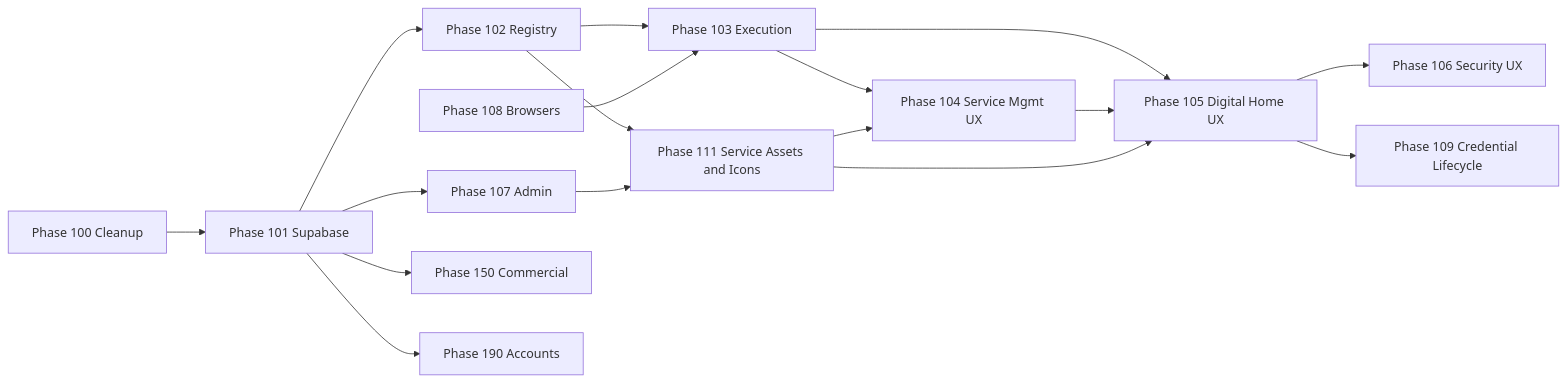
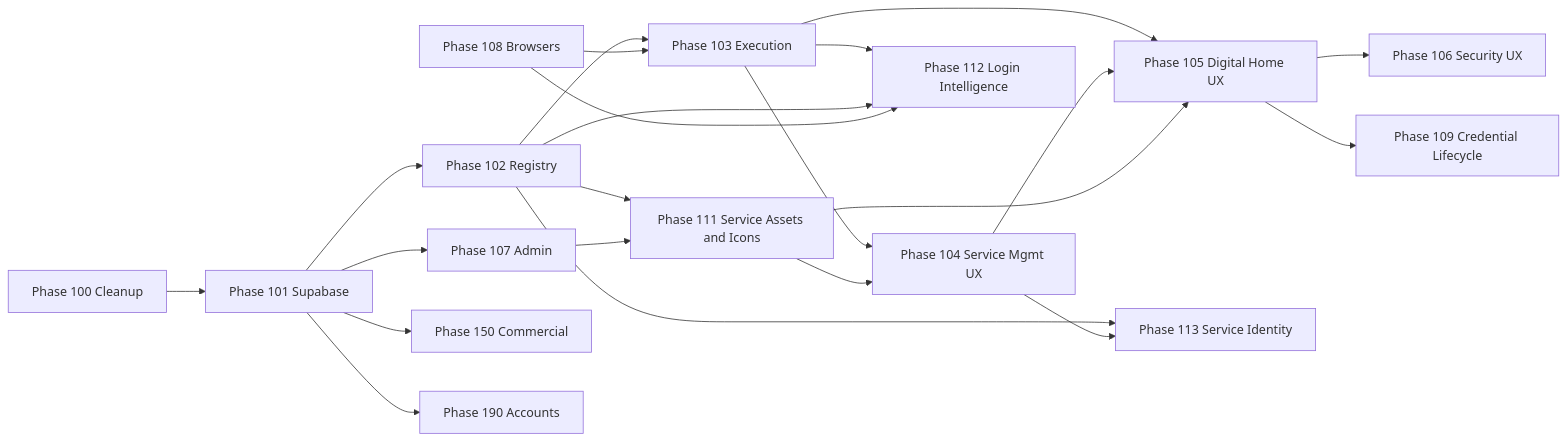
One commit to yaels3049-max/password-vault changed the sixth of 6 diagrams in team-yuri/PLAN.md. Above: the diagram before and after it, drawn with Mermaid. The commit also changed other lines of this file and 42 other files, not shown here.

````diff
--- a/team-yuri/PLAN.md
+++ b/team-yuri/PLAN.md
@@ -1115,33 +1339,40 @@
 ```mermaid
 flowchart LR
   P100[Phase 100 Cleanup]
   P101[Phase 101 Supabase]
   P102[Phase 102 Registry]
   P103[Phase 103 Execution]
   P104[Phase 104 Service Mgmt UX]
   P105[Phase 105 Digital Home UX]
   P106[Phase 106 Security UX]
   P107[Phase 107 Admin]
   P108[Phase 108 Browsers]
   P109[Phase 109 Credential Lifecycle]
   P111[Phase 111 Service Assets and Icons]
+  P112[Phase 112 Login Intelligence]
+  P113[Phase 113 Service Identity]
   P150[Phase 150 Commercial]
   P190[Phase 190 Accounts]
 
   P100 --> P101
   P101 --> P102
   P102 --> P103
   P102 --> P111
   P103 --> P104
   P103 --> P105
   P104 --> P105
   P105 --> P106
   P108 --> P103
   P101 --> P107
   P107 --> P111
+  P103 --> P112
+  P102 --> P112
+  P108 --> P112
+  P102 --> P113
+  P104 --> P113
   P111 --> P104
   P111 --> P105
   P105 --> P109
   P101 --> P150
   P101 --> P190
 ```
````
